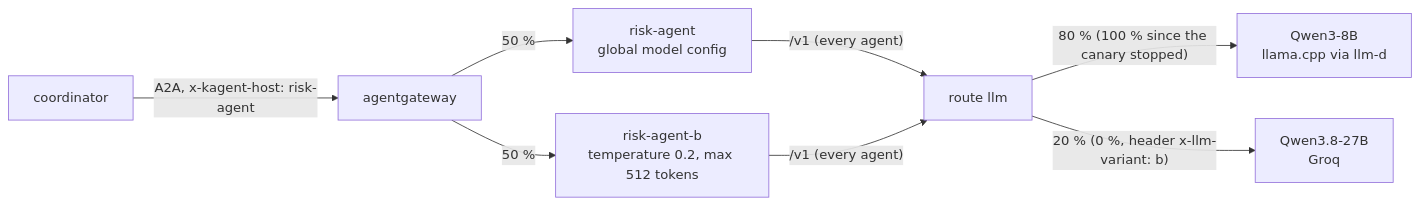
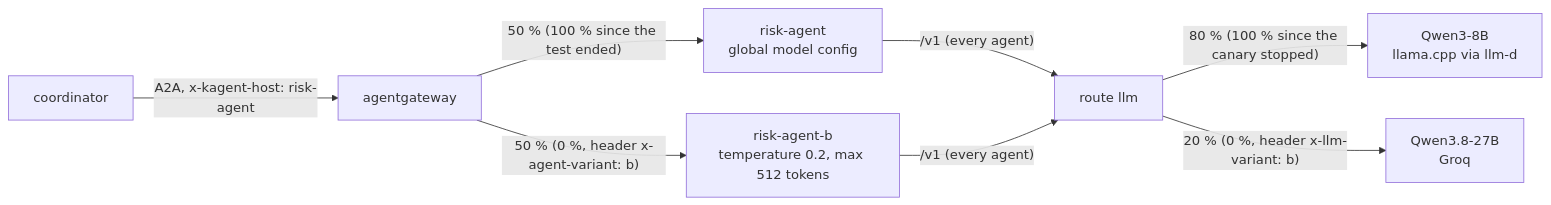
One commit to cvinhnguyen/card-fraud-platform changed the diagram in docs/llm-platform/ab_testing.md. Above: the diagram before and after it, drawn with Mermaid. The commit also changed other lines of this file and 37 other files, not shown here.

First line of the commit message:
Review every doc against the code and regenerate the diagrams

````diff
--- a/docs/llm-platform/ab_testing.md
+++ b/docs/llm-platform/ab_testing.md
@@ -19,9 +19,9 @@
 ```mermaid
 flowchart LR
     co["coordinator"] -->|"A2A, x-kagent-host: risk-agent"| gw["agentgateway"]
-    gw -->|50 %| ra["risk-agent<br/>global model config"]
-    gw -->|50 %| rb["risk-agent-b<br/>temperature 0.2, max 512 tokens"]
+    gw -->|"50 % (100 % since the test ended)"| ra["risk-agent<br/>global model config"]
+    gw -->|"50 % (0 %, header x-agent-variant: b)"| rb["risk-agent-b<br/>temperature 0.2, max 512 tokens"]
     ra & rb -->|"/v1 (every agent)"| llm["route llm"]
     llm -->|"80 % (100 % since the canary stopped)"| a["Qwen3-8B<br/>llama.cpp via llm-d"]
     llm -->|"20 % (0 %, header x-llm-variant: b)"| b["Qwen3.8-27B<br/>Groq"]
 ```
````
